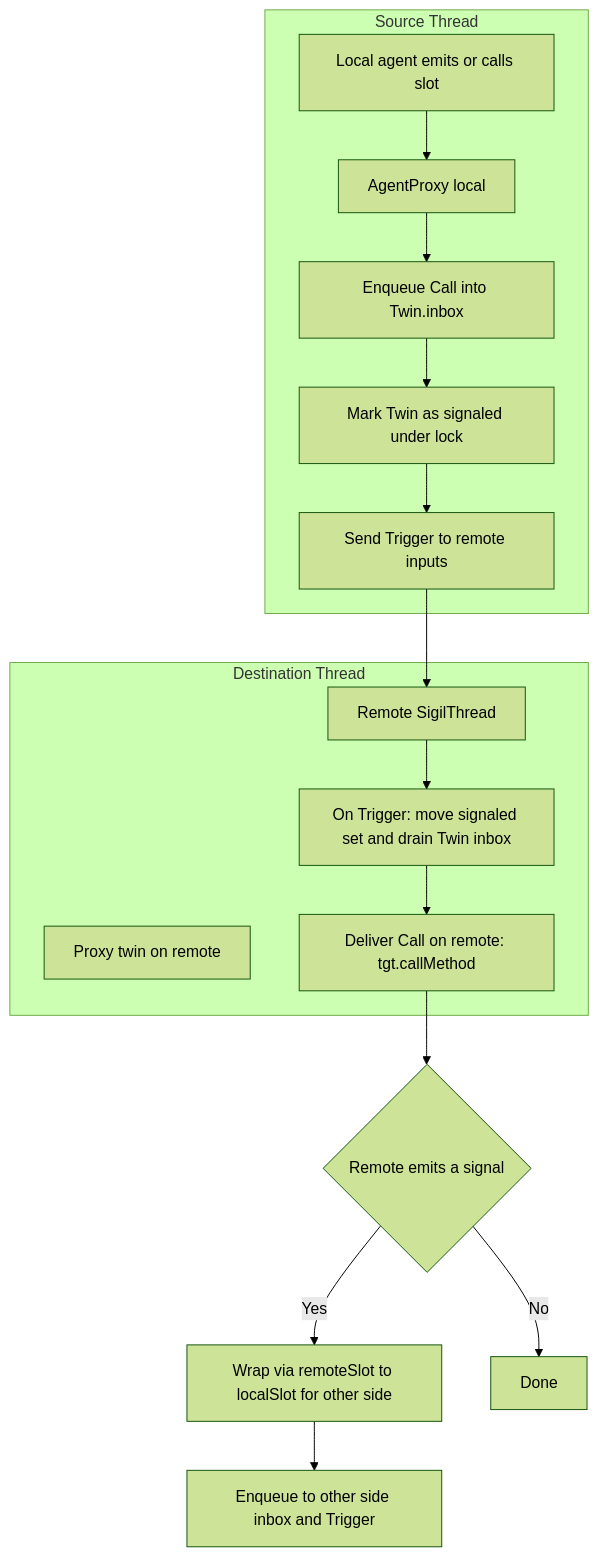
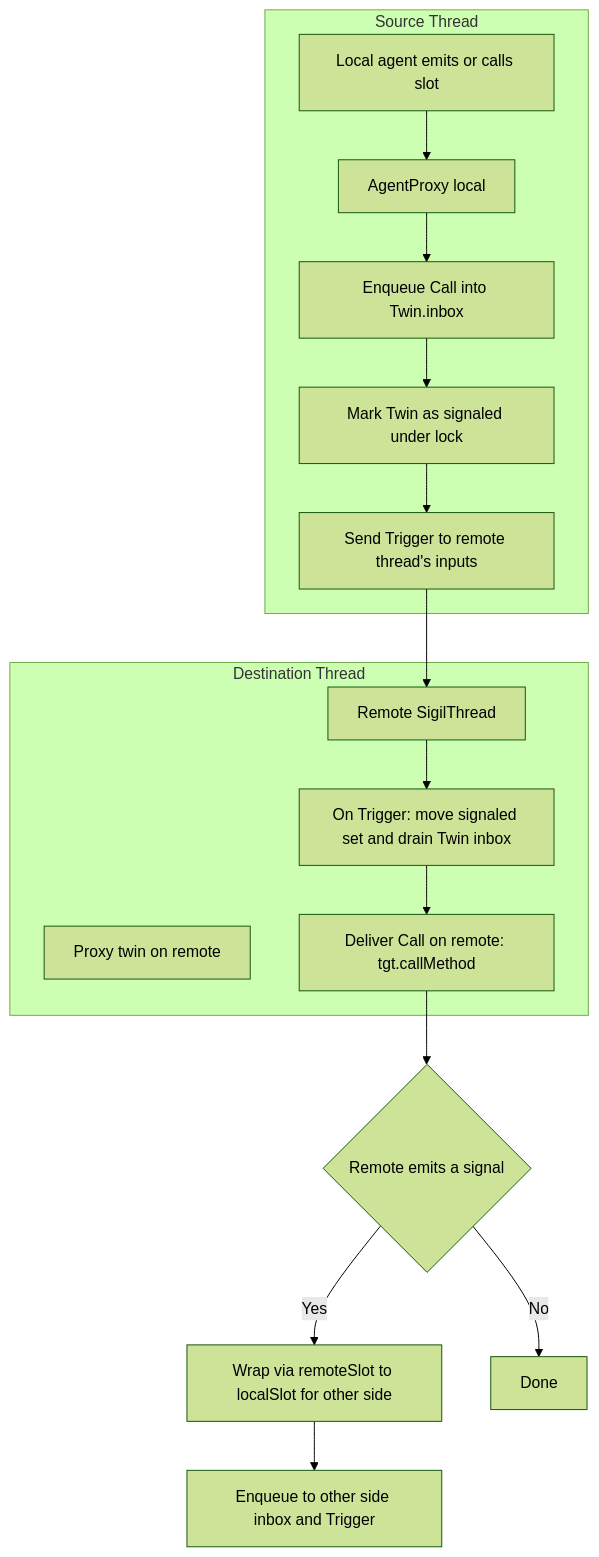
Before and after one commit to elcritch/sigils: the second of 3 diagrams in docs/threading.md, drawn with Mermaid (forest theme).

Commit message:
add threading docs

````diff
--- a/docs/threading.md
+++ b/docs/threading.md
@@ -191,29 +191,29 @@
 ```mermaid
 flowchart TD
   subgraph ST[Source Thread]
     Caller[Local agent emits or calls slot];
     LP[AgentProxy local];
     Enqueue[Enqueue Call into Twin.inbox];
     Mark[Mark Twin as signaled under lock];
-    Trigger[Send Trigger to remote inputs];
+    Trigger[Send Trigger to remote thread's inputs];
     Caller --> LP;
     LP --> Enqueue;
     Enqueue --> Mark;
     Mark --> Trigger;
   end
 
   subgraph DT[Destination Thread]
     Twin[Proxy twin on remote];
     RT[Remote SigilThread];
     Drain[On Trigger: move signaled set and drain Twin inbox];
     Deliver[Deliver Call on remote: tgt.callMethod];
   end
 
   Trigger --> RT;
   RT --> Drain;
   Drain --> Deliver;
   Deliver --> Back{Remote emits a signal};
   Back -- Yes --> WrapBack[Wrap via remoteSlot to localSlot for other side];
   WrapBack --> EnqueueBack[Enqueue to other side inbox and Trigger];
   Back -- No --> Done[Done];
 ```
````
